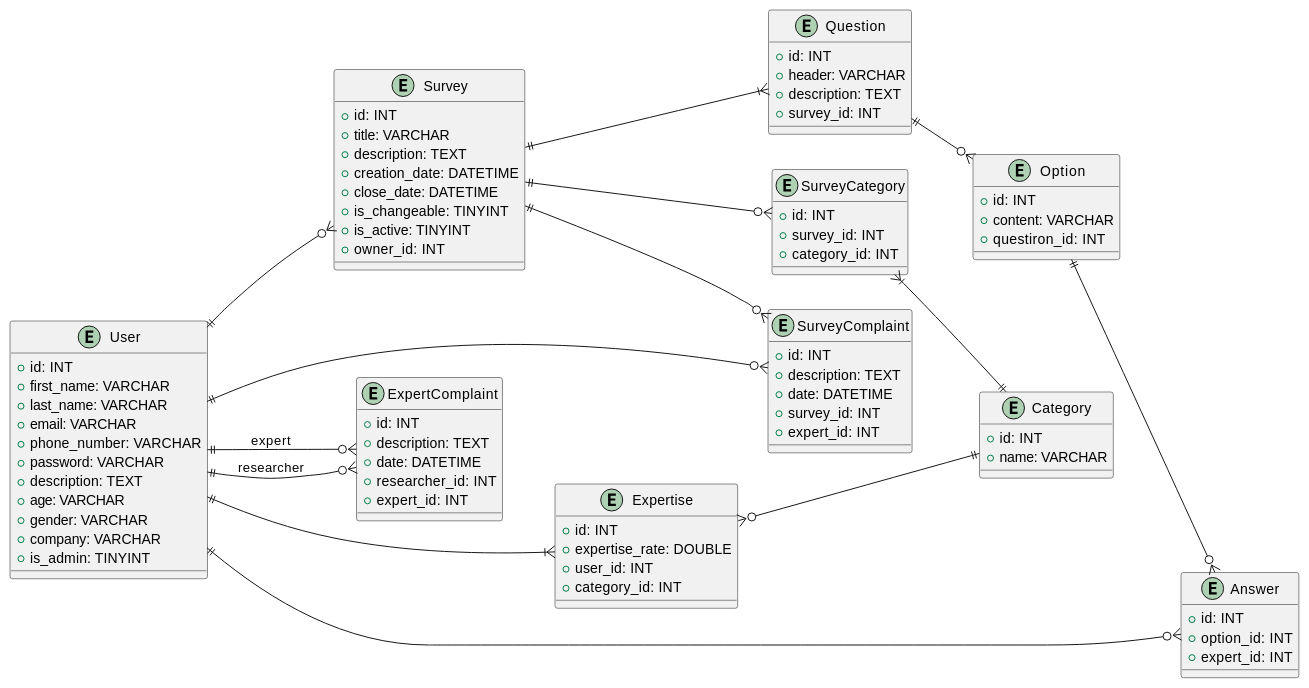
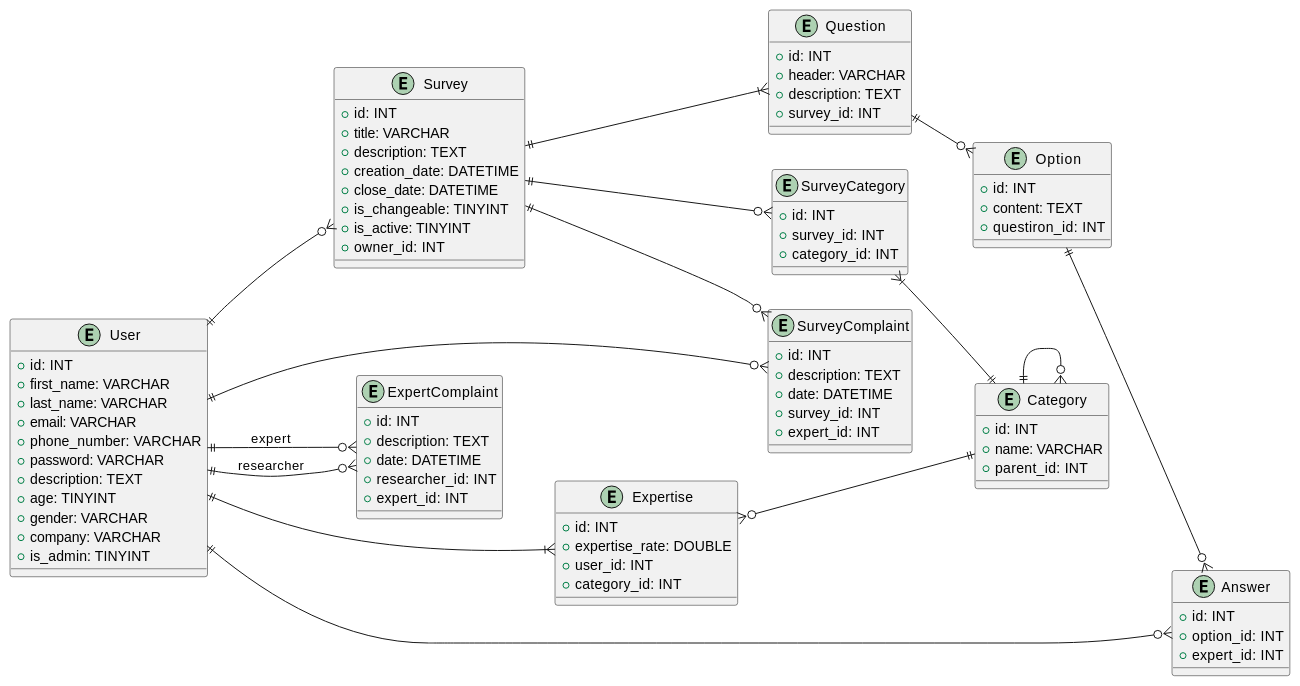
Before and after one commit to generalmaks/db_labs: the second of 2 diagrams in docs/design.md, drawn with PlantUML. The commit also changed other lines of this file, not shown here.

Commit message:
Update business object model and er model

````diff
--- a/docs/design.md
+++ b/docs/design.md
@@ -151,7 +152,7 @@
     + phone_number: VARCHAR
     + password: VARCHAR 
     + description: TEXT
-    + age: VARCHAR
+    + age: TINYINT
     + gender: VARCHAR
     + company: VARCHAR
     + is_admin: TINYINT 
@@ -177,7 +178,7 @@
 
    entity "Option" {
     + id: INT
-    + content: VARCHAR
+    + content: TEXT
     + questiron_id: INT    
   }
   
@@ -221,6 +222,7 @@
    entity "Category" {
     + id: INT
     + name: VARCHAR 
+    + parent_id: INT
   }
   
     "User" ||--o{ "Survey"
@@ -242,6 +244,8 @@
     "Answer" }o--|| "User"
     
     "SurveyCategory" }|--|| "Category"
+    
+    "Category" ||--o{ "Category"
 
 @enduml
 ```
````
